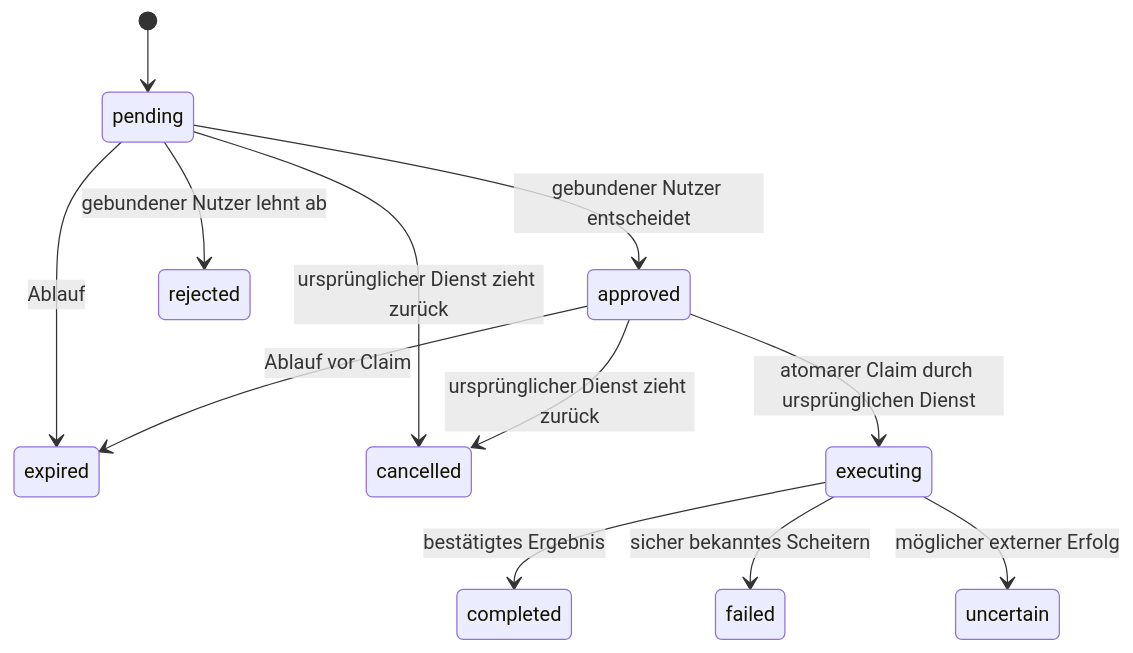
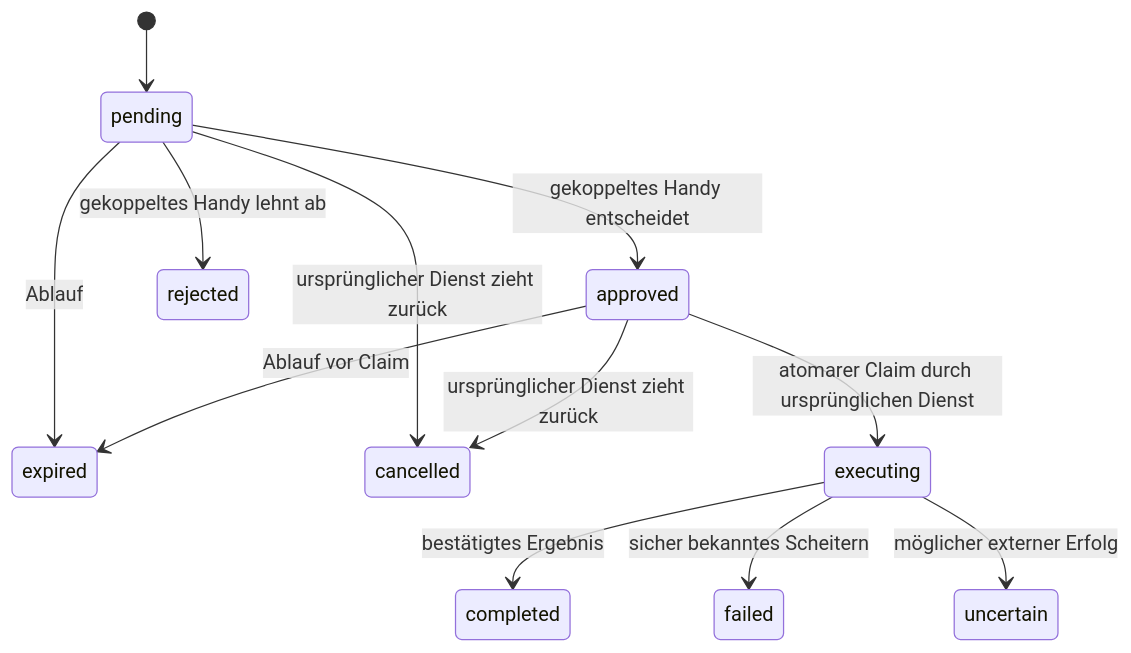
The diagram in docs/architecture.md (openhoo/hooapprove), drawn with Mermaid before and after one commit. The commit also changed other lines of this file and 31 other files, not shown here.

````diff
--- a/docs/architecture.md
+++ b/docs/architecture.md
@@ -5,14 +5,14 @@
 ```mermaid
 stateDiagram-v2
     [*] --> pending
-    pending --> approved: gebundener Nutzer entscheidet
-    pending --> rejected: gebundener Nutzer lehnt ab
+    pending --> approved: gekoppeltes Handy entscheidet
+    pending --> rejected: gekoppeltes Handy lehnt ab
     pending --> expired: Ablauf
     pending --> cancelled: ursprünglicher Dienst zieht zurück
     approved --> expired: Ablauf vor Claim
     approved --> cancelled: ursprünglicher Dienst zieht zurück
     approved --> executing: atomarer Claim durch ursprünglichen Dienst
     executing --> completed: bestätigtes Ergebnis
     executing --> failed: sicher bekanntes Scheitern
     executing --> uncertain: möglicher externer Erfolg
 ```
````
